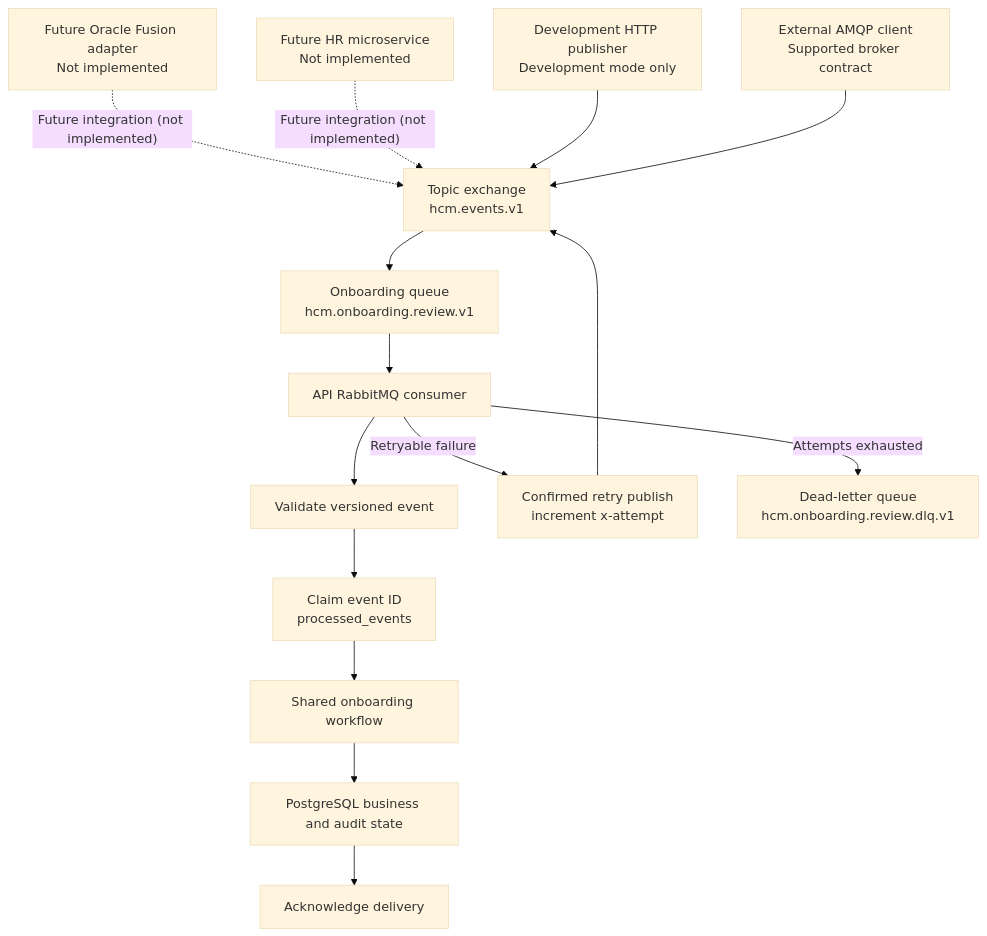
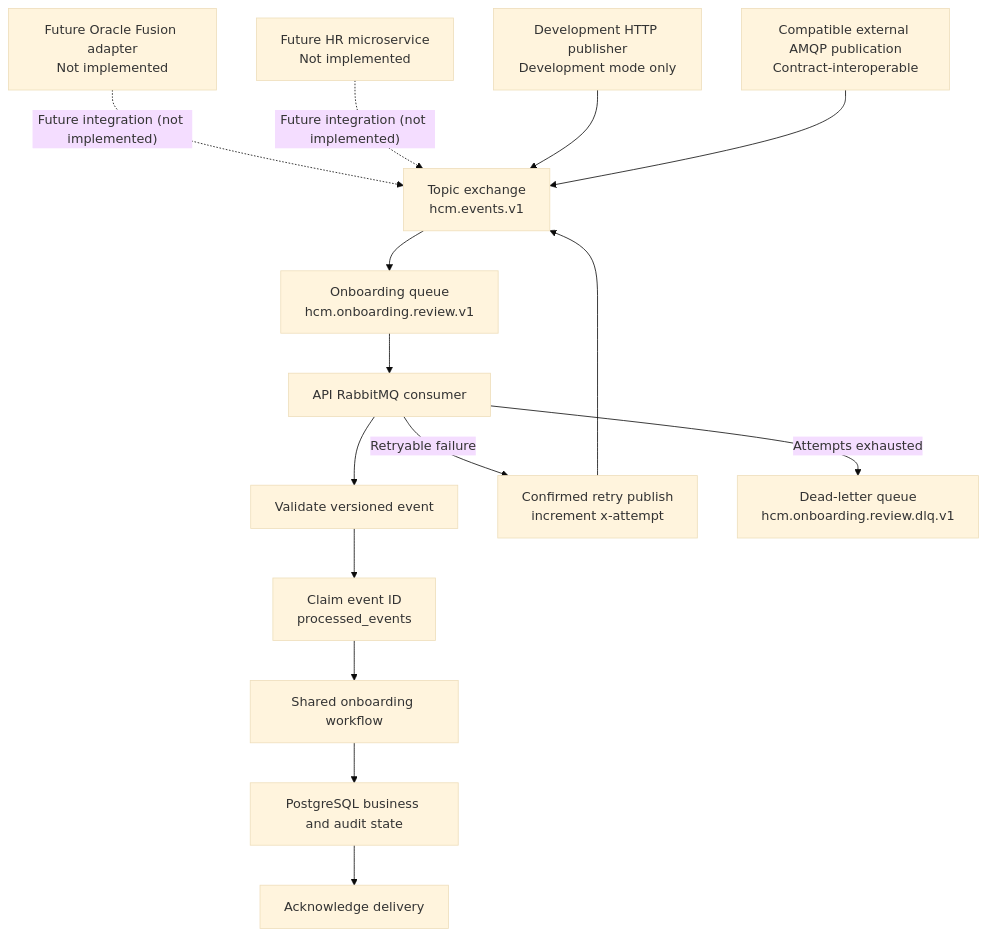
One commit to ramioooz/hcm-agentic-llmops changed the diagram in docs/rabbitmq.md. Above: the diagram before and after it, drawn with Mermaid (base theme). The commit also changed other lines of this file and 2 other files, not shown here.

Commit message:
docs: clarify provider and broker boundaries

````diff
--- a/docs/rabbitmq.md
+++ b/docs/rabbitmq.md
@@ -28,32 +28,32 @@
 ```mermaid
 flowchart TD
     ORACLE["Future Oracle Fusion adapter<br/>Not implemented"]
     SERVICE["Future HR microservice<br/>Not implemented"]
     DEV["Development HTTP publisher<br/>Development mode only"]
-    EXTERNAL["External AMQP client<br/>Supported broker contract"]
+    EXTERNAL["Compatible external AMQP publication<br/>Contract-interoperable"]
     EXCHANGE["Topic exchange<br/>hcm.events.v1"]
     QUEUE["Onboarding queue<br/>hcm.onboarding.review.v1"]
     CONSUMER["API RabbitMQ consumer"]
     VALIDATE["Validate versioned event"]
     CLAIM["Claim event ID<br/>processed_events"]
     WORKFLOW["Shared onboarding workflow"]
     AUDIT["PostgreSQL business and audit state"]
     SUCCESS["Acknowledge delivery"]
     RETRY["Confirmed retry publish<br/>increment x-attempt"]
     DLQ["Dead-letter queue<br/>hcm.onboarding.review.dlq.v1"]
 
     ORACLE -.->|"Future integration (not implemented)"| EXCHANGE
     SERVICE -.->|"Future integration (not implemented)"| EXCHANGE
     DEV --> EXCHANGE
     EXTERNAL --> EXCHANGE
     EXCHANGE --> QUEUE
     QUEUE --> CONSUMER
     CONSUMER --> VALIDATE
     VALIDATE --> CLAIM
     CLAIM --> WORKFLOW
     WORKFLOW --> AUDIT
     AUDIT --> SUCCESS
     CONSUMER -->|"Retryable failure"| RETRY
     RETRY --> EXCHANGE
     CONSUMER -->|"Attempts exhausted"| DLQ
 ```
````
